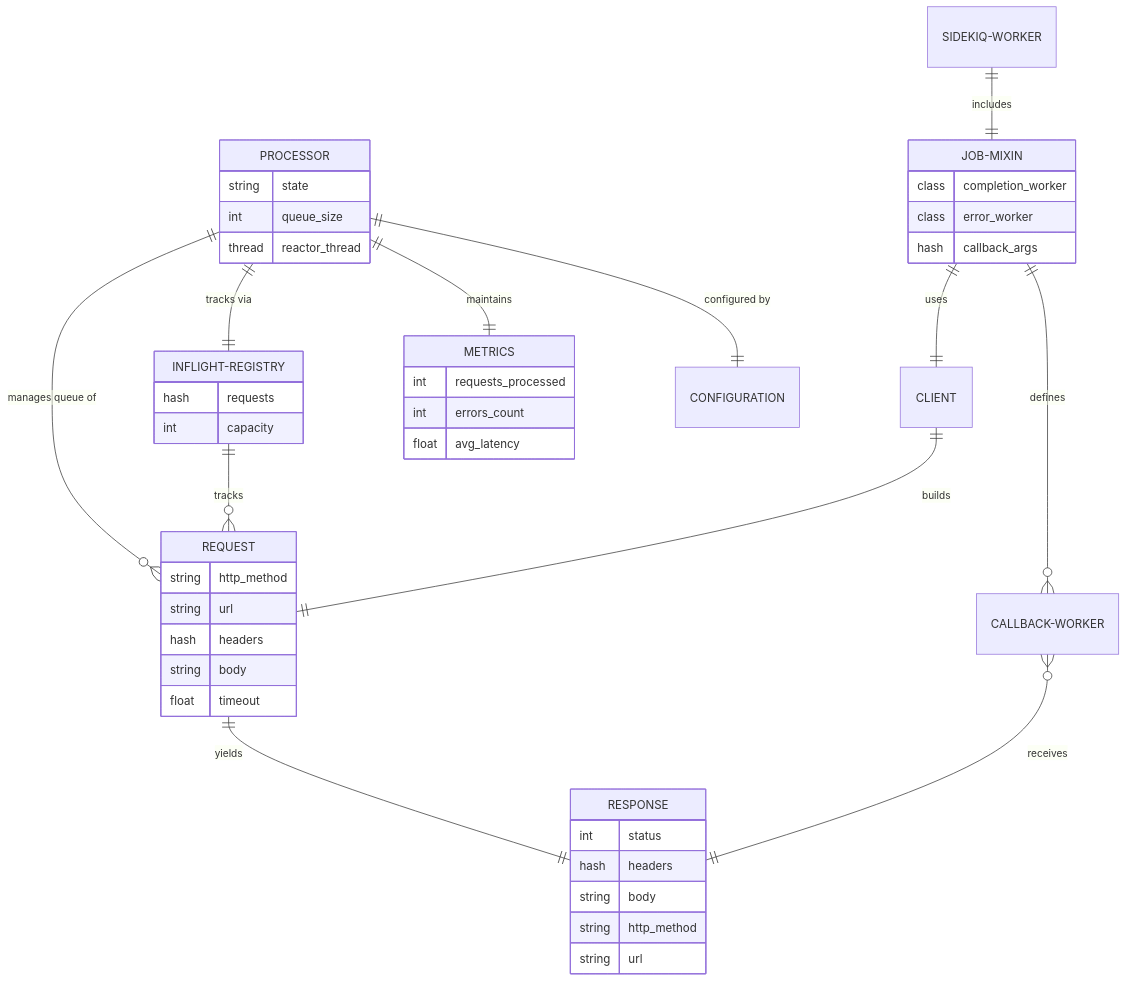
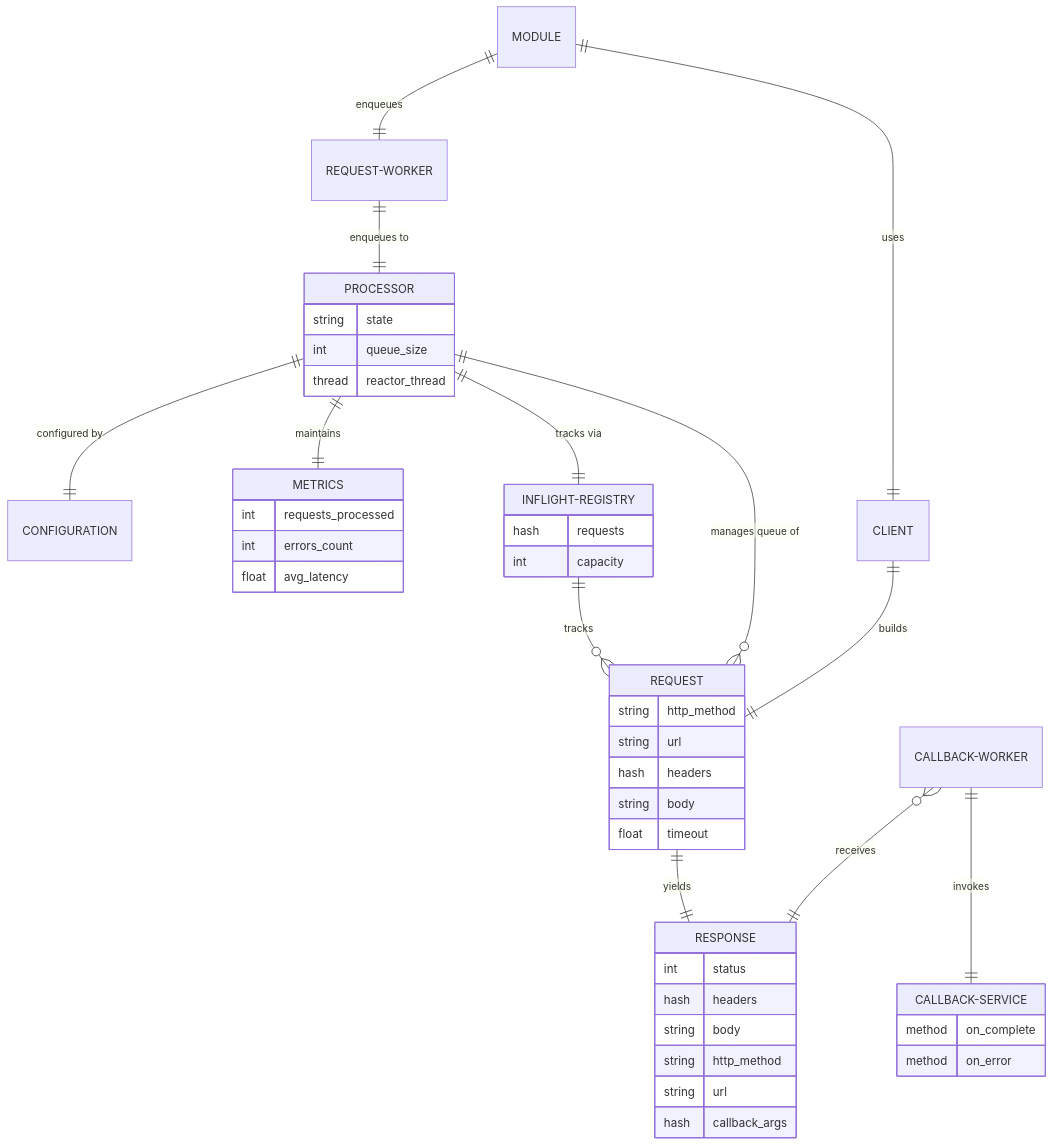
The second of 2 diagrams in ARCHITECTURE.md (bdurand/patient_http-sidekiq), drawn with Mermaid before and after one commit. The commit also changed other lines of this file and 6 other files, not shown here.

````diff
--- a/ARCHITECTURE.md
+++ b/ARCHITECTURE.md
@@ -103,57 +112,58 @@
 ```mermaid
 erDiagram
     PROCESSOR ||--o{ REQUEST : "manages queue of"
     PROCESSOR ||--|| INFLIGHT-REGISTRY : "tracks via"
     PROCESSOR ||--|| METRICS : "maintains"
     PROCESSOR ||--|| CONFIGURATION : "configured by"
 
-    JOB-MIXIN ||--|| CLIENT : "uses"
-    JOB-MIXIN ||--o{ CALLBACK-WORKER : "defines"
+    MODULE ||--|| CLIENT : "uses"
+    MODULE ||--|| REQUEST-WORKER : "enqueues"
 
     CLIENT ||--|| REQUEST : "builds"
     REQUEST ||--|| RESPONSE : "yields"
 
+    REQUEST-WORKER ||--|| PROCESSOR : "enqueues to"
+    CALLBACK-WORKER ||--|| CALLBACK-SERVICE : "invokes"
+
     INFLIGHT-REGISTRY ||--o{ REQUEST : "tracks"
     CALLBACK-WORKER }o--|| RESPONSE : "receives"
-
-    SIDEKIQ-WORKER ||--|| JOB-MIXIN : "includes"
 
     PROCESSOR {
         string state
         int queue_size
         thread reactor_thread
     }
 
     REQUEST {
         string http_method
         string url
         hash headers
         string body
         float timeout
     }
 
     RESPONSE {
         int status
         hash headers
         string body
         string http_method
         string url
+        hash callback_args
     }
 
-    JOB-MIXIN {
-        class completion_worker
-        class error_worker
-        hash callback_args
+    CALLBACK-SERVICE {
+        method on_complete
+        method on_error
     }
 
     INFLIGHT-REGISTRY {
         hash requests
         int capacity
     }
 
     METRICS {
         int requests_processed
         int errors_count
         float avg_latency
     }
 ```
````
